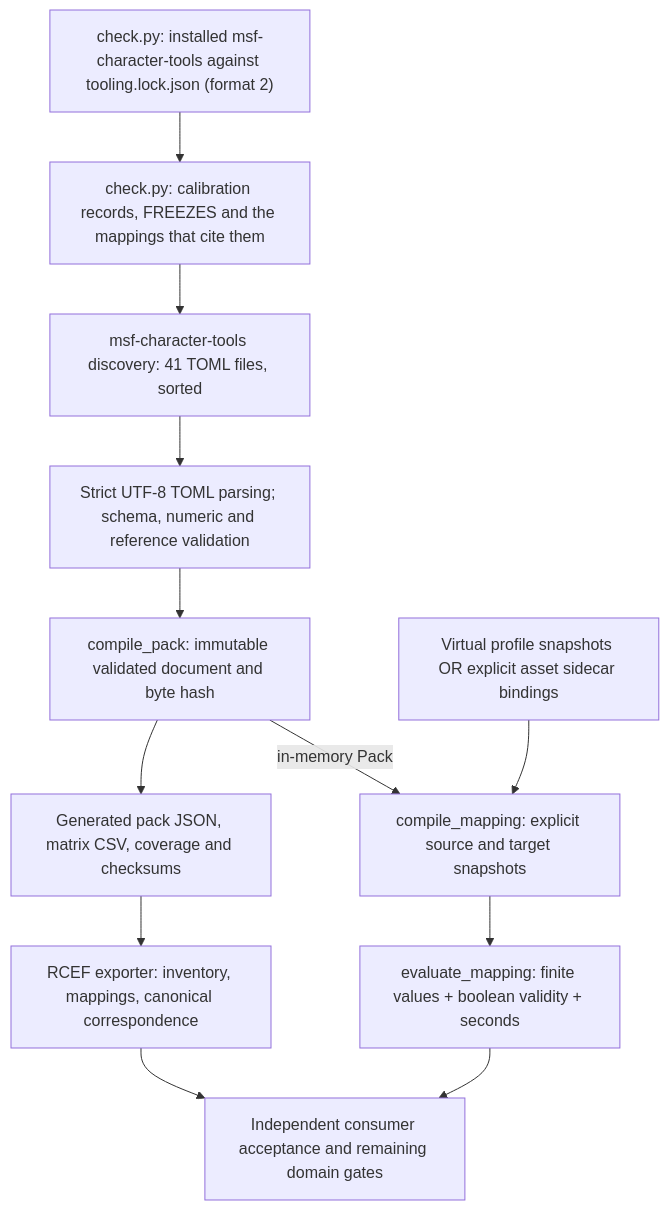
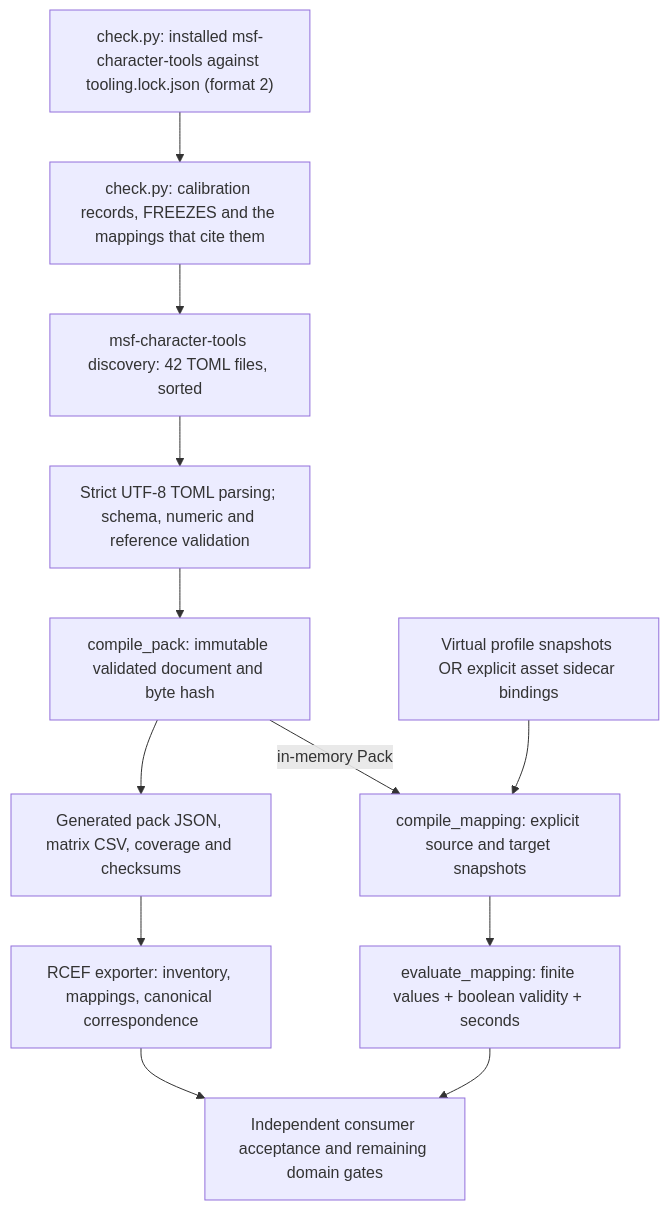
Before and after one commit to MetaverseStandards/RCEF: the first of 2 diagrams in docs/architecture.md, drawn with Mermaid. The commit also changed other lines of this file and 10 other files, not shown here.

````diff
--- a/docs/architecture.md
+++ b/docs/architecture.md
@@ -31,14 +31,14 @@
 ```mermaid
 flowchart TD
     L["check.py: installed msf-character-tools against tooling.lock.json (format 2)"] --> K["check.py: calibration records, FREEZES and the mappings that cite them"]
-    K --> B["msf-character-tools discovery: 41 TOML files, sorted"]
+    K --> B["msf-character-tools discovery: 42 TOML files, sorted"]
     B --> C["Strict UTF-8 TOML parsing; schema, numeric and reference validation"]
     C --> D["compile_pack: immutable validated document and byte hash"]
     D --> E["Generated pack JSON, matrix CSV, coverage and checksums"]
     D -->|in-memory Pack| F["compile_mapping: explicit source and target snapshots"]
     P["Virtual profile snapshots OR explicit asset sidecar bindings"] --> F
     F --> G["evaluate_mapping: finite values + boolean validity + seconds"]
     E --> H["RCEF exporter: inventory, mappings, canonical correspondence"]
     G --> I["Independent consumer acceptance and remaining domain gates"]
     H --> I
 ```
````
